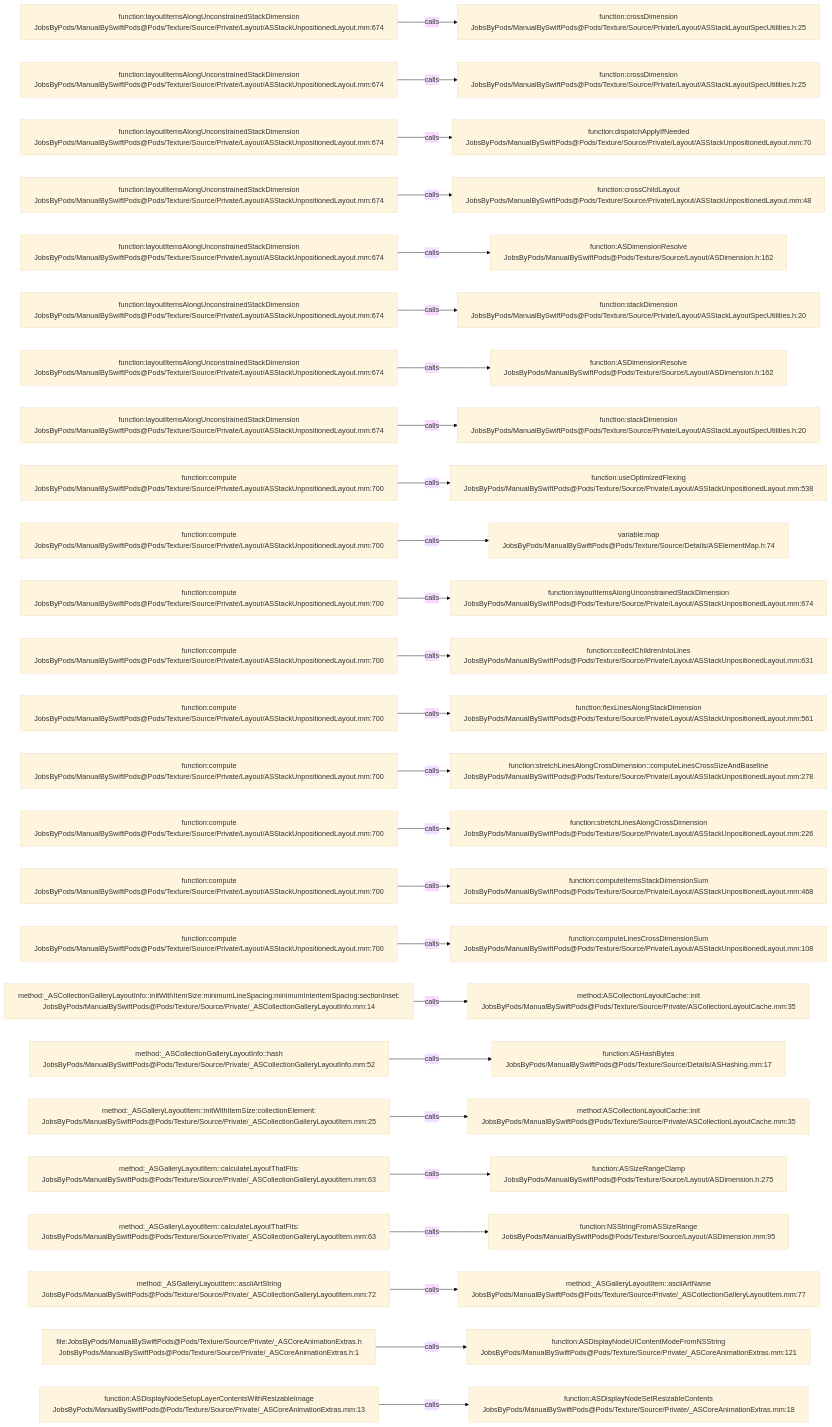
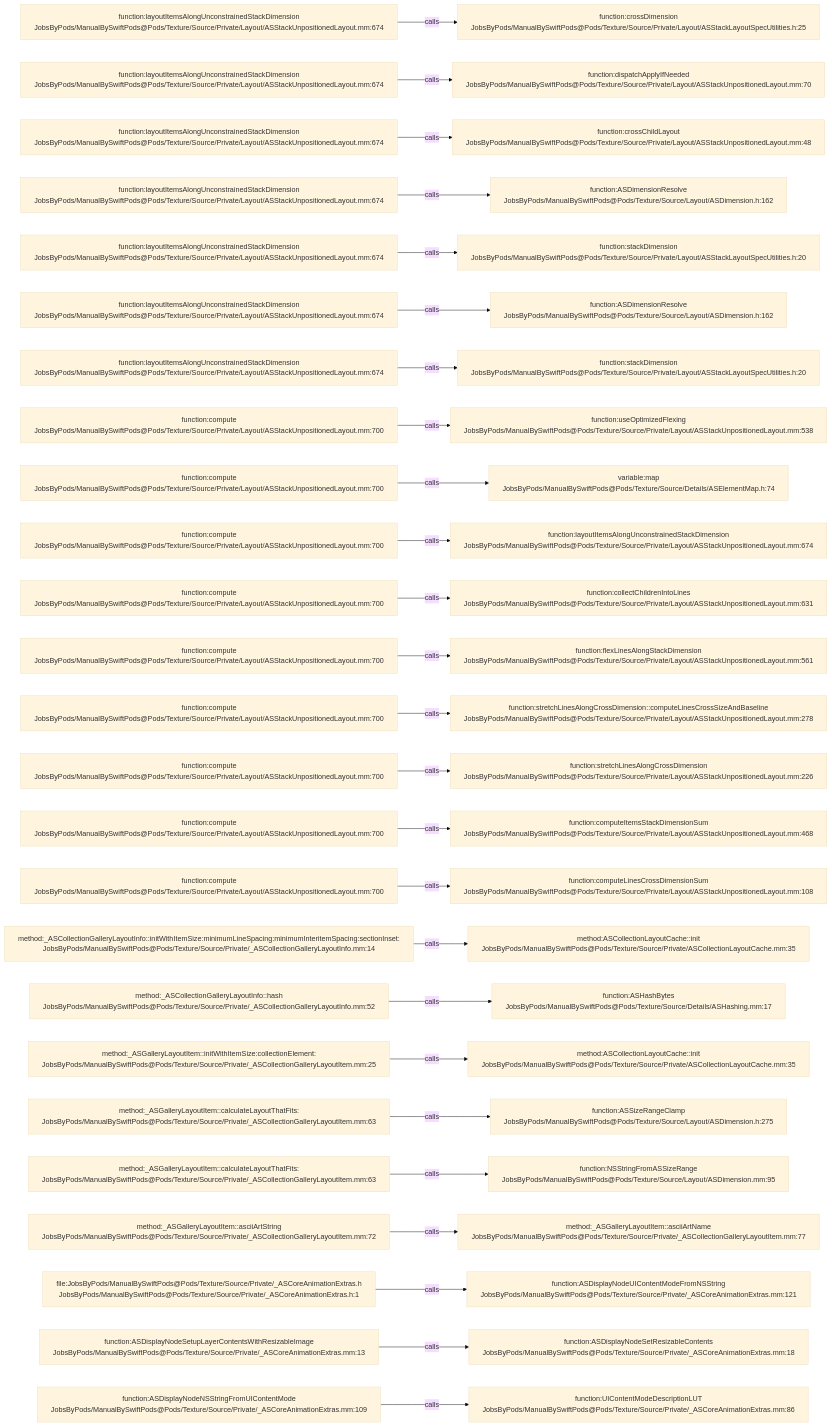
One commit to JobsKits/JobsSwiftBaseConfigDemo changed the diagram in .codegraph/codegraph.md/graphs/calls-127.md. Above: the diagram before and after it, drawn with Mermaid (base theme). The commit also changed 747 other files, not shown here.

````diff
--- a/.codegraph/codegraph.md/graphs/calls-127.md
+++ b/.codegraph/codegraph.md/graphs/calls-127.md
@@ -13,78 +13,78 @@
 ```mermaid
 flowchart LR
   S1["function:layoutItemsAlongUnconstrainedStackDimension<br/>JobsByPods/ManualBySwiftPods@Pods/Texture/Source/Private/Layout/ASStackUnpositionedLayout.mm:674"]
   T1["function:crossDimension<br/>JobsByPods/ManualBySwiftPods@Pods/Texture/Source/Private/Layout/ASStackLayoutSpecUtilities.h:25"]
   S1 -->|calls| T1
   S2["function:layoutItemsAlongUnconstrainedStackDimension<br/>JobsByPods/ManualBySwiftPods@Pods/Texture/Source/Private/Layout/ASStackUnpositionedLayout.mm:674"]
-  T2["function:crossDimension<br/>JobsByPods/ManualBySwiftPods@Pods/Texture/Source/Private/Layout/ASStackLayoutSpecUtilities.h:25"]
+  T2["function:dispatchApplyIfNeeded<br/>JobsByPods/ManualBySwiftPods@Pods/Texture/Source/Private/Layout/ASStackUnpositionedLayout.mm:70"]
   S2 -->|calls| T2
   S3["function:layoutItemsAlongUnconstrainedStackDimension<br/>JobsByPods/ManualBySwiftPods@Pods/Texture/Source/Private/Layout/ASStackUnpositionedLayout.mm:674"]
-  T3["function:dispatchApplyIfNeeded<br/>JobsByPods/ManualBySwiftPods@Pods/Texture/Source/Private/Layout/ASStackUnpositionedLayout.mm:70"]
+  T3["function:crossChildLayout<br/>JobsByPods/ManualBySwiftPods@Pods/Texture/Source/Private/Layout/ASStackUnpositionedLayout.mm:48"]
   S3 -->|calls| T3
   S4["function:layoutItemsAlongUnconstrainedStackDimension<br/>JobsByPods/ManualBySwiftPods@Pods/Texture/Source/Private/Layout/ASStackUnpositionedLayout.mm:674"]
-  T4["function:crossChildLayout<br/>JobsByPods/ManualBySwiftPods@Pods/Texture/Source/Private/Layout/ASStackUnpositionedLayout.mm:48"]
+  T4["function:ASDimensionResolve<br/>JobsByPods/ManualBySwiftPods@Pods/Texture/Source/Layout/ASDimension.h:162"]
   S4 -->|calls| T4
   S5["function:layoutItemsAlongUnconstrainedStackDimension<br/>JobsByPods/ManualBySwiftPods@Pods/Texture/Source/Private/Layout/ASStackUnpositionedLayout.mm:674"]
-  T5["function:ASDimensionResolve<br/>JobsByPods/ManualBySwiftPods@Pods/Texture/Source/Layout/ASDimension.h:162"]
+  T5["function:stackDimension<br/>JobsByPods/ManualBySwiftPods@Pods/Texture/Source/Private/Layout/ASStackLayoutSpecUtilities.h:20"]
   S5 -->|calls| T5
   S6["function:layoutItemsAlongUnconstrainedStackDimension<br/>JobsByPods/ManualBySwiftPods@Pods/Texture/Source/Private/Layout/ASStackUnpositionedLayout.mm:674"]
-  T6["function:stackDimension<br/>JobsByPods/ManualBySwiftPods@Pods/Texture/Source/Private/Layout/ASStackLayoutSpecUtilities.h:20"]
+  T6["function:ASDimensionResolve<br/>JobsByPods/ManualBySwiftPods@Pods/Texture/Source/Layout/ASDimension.h:162"]
   S6 -->|calls| T6
   S7["function:layoutItemsAlongUnconstrainedStackDimension<br/>JobsByPods/ManualBySwiftPods@Pods/Texture/Source/Private/Layout/ASStackUnpositionedLayout.mm:674"]
-  T7["function:ASDimensionResolve<br/>JobsByPods/ManualBySwiftPods@Pods/Texture/Source/Layout/ASDimension.h:162"]
+  T7["function:stackDimension<br/>JobsByPods/ManualBySwiftPods@Pods/Texture/Source/Private/Layout/ASStackLayoutSpecUtilities.h:20"]
   S7 -->|calls| T7
-  S8["function:layoutItemsAlongUnconstrainedStackDimension<br/>JobsByPods/ManualBySwiftPods@Pods/Texture/Source/Private/Layout/ASStackUnpositionedLayout.mm:674"]
-  T8["function:stackDimension<br/>JobsByPods/ManualBySwiftPods@Pods/Texture/Source/Private/Layout/ASStackLayoutSpecUtilities.h:20"]
+  S8["function:compute<br/>JobsByPods/ManualBySwiftPods@Pods/Texture/Source/Private/Layout/ASStackUnpositionedLayout.mm:700"]
+  T8["function:useOptimizedFlexing<br/>JobsByPods/ManualBySwiftPods@Pods/Texture/Source/Private/Layout/ASStackUnpositionedLayout.mm:538"]
   S8 -->|calls| T8
   S9["function:compute<br/>JobsByPods/ManualBySwiftPods@Pods/Texture/Source/Private/Layout/ASStackUnpositionedLayout.mm:700"]
-  T9["function:useOptimizedFlexing<br/>JobsByPods/ManualBySwiftPods@Pods/Texture/Source/Private/Layout/ASStackUnpositionedLayout.mm:538"]
+  T9["variable:map<br/>JobsByPods/ManualBySwiftPods@Pods/Texture/Source/Details/ASElementMap.h:74"]
   S9 -->|calls| T9
   S10["function:compute<br/>JobsByPods/ManualBySwiftPods@Pods/Texture/Source/Private/Layout/ASStackUnpositionedLayout.mm:700"]
-  T10["variable:map<br/>JobsByPods/ManualBySwiftPods@Pods/Texture/Source/Details/ASElementMap.h:74"]
+  T10["function:layoutItemsAlongUnconstrainedStackDimension<br/>JobsByPods/ManualBySwiftPods@Pods/Texture/Source/Private/Layout/ASStackUnpositionedLayout.mm:674"]
   S10 -->|calls| T10
   S11["function:compute<br/>JobsByPods/ManualBySwiftPods@Pods/Texture/Source/Private/Layout/ASStackUnpositionedLayout.mm:700"]
-  T11["function:layoutItemsAlongUnconstrainedStackDimension<br/>JobsByPods/ManualBySwiftPods@Pods/Texture/Source/Private/Layout/ASStackUnpositionedLayout.mm:674"]
+  T11["function:collectChildrenIntoLines<br/>JobsByPods/ManualBySwiftPods@Pods/Texture/Source/Private/Layout/ASStackUnpositionedLayout.mm:631"]
   S11 -->|calls| T11
   S12["function:compute<br/>JobsByPods/ManualBySwiftPods@Pods/Texture/Source/Private/Layout/ASStackUnpositionedLayout.mm:700"]
-  T12["function:collectChildrenIntoLines<br/>JobsByPods/ManualBySwiftPods@Pods/Texture/Source/Private/Layout/ASStackUnpositionedLayout.mm:631"]
+  T12["function:flexLinesAlongStackDimension<br/>JobsByPods/ManualBySwiftPods@Pods/Texture/Source/Private/Layout/ASStackUnpositionedLayout.mm:561"]
   S12 -->|calls| T12
   S13["function:compute<br/>JobsByPods/ManualBySwiftPods@Pods/Texture/Source/Private/Layout/ASStackUnpositionedLayout.mm:700"]
-  T13["function:flexLinesAlongStackDimension<br/>JobsByPods/ManualBySwiftPods@Pods/Texture/Source/Private/Layout/ASStackUnpositionedLayout.mm:561"]
+  T13["function:stretchLinesAlongCrossDimension::computeLinesCrossSizeAndBaseline<br/>JobsByPods/ManualBySwiftPods@Pods/Texture/Source/Private/Layout/ASStackUnpositionedLayout.mm:278"]
   S13 -->|calls| T13
   S14["function:compute<br/>JobsByPods/ManualBySwiftPods@Pods/Texture/Source/Private/Layout/ASStackUnpositionedLayout.mm:700"]
-  T14["function:stretchLinesAlongCrossDimension::computeLinesCrossSizeAndBaseline<br/>JobsByPods/ManualBySwiftPods@Pods/Texture/Source/Private/Layout/ASStackUnpositionedLayout.mm:278"]
+  T14["function:stretchLinesAlongCrossDimension<br/>JobsByPods/ManualBySwiftPods@Pods/Texture/Source/Private/Layout/ASStackUnpositionedLayout.mm:226"]
   S14 -->|calls| T14
   S15["function:compute<br/>JobsByPods/ManualBySwiftPods@Pods/Texture/Source/Private/Layout/ASStackUnpositionedLayout.mm:700"]
-  T15["function:stretchLinesAlongCrossDimension<br/>JobsByPods/ManualBySwiftPods@Pods/Texture/Source/Private/Layout/ASStackUnpositionedLayout.mm:226"]
+  T15["function:computeItemsStackDimensionSum<br/>JobsByPods/ManualBySwiftPods@Pods/Texture/Source/Private/Layout/ASStackUnpositionedLayout.mm:468"]
   S15 -->|calls| T15
   S16["function:compute<br/>JobsByPods/ManualBySwiftPods@Pods/Texture/Source/Private/Layout/ASStackUnpositionedLayout.mm:700"]
-  T16["function:computeItemsStackDimensionSum<br/>JobsByPods/ManualBySwiftPods@Pods/Texture/Source/Private/Layout/ASStackUnpositionedLayout.mm:468"]
+  T16["function:computeLinesCrossDimensionSum<br/>JobsByPods/ManualBySwiftPods@Pods/Texture/Source/Private/Layout/ASStackUnpositionedLayout.mm:108"]
   S16 -->|calls| T16
-  S17["function:compute<br/>JobsByPods/ManualBySwiftPods@Pods/Texture/Source/Private/Layout/ASStackUnpositionedLayout.mm:700"]
-  T17["function:computeLinesCrossDimensionSum<br/>JobsByPods/ManualBySwiftPods@Pods/Texture/Source/Private/Layout/ASStackUnpositionedLayout.mm:108"]
+  S17["method:_ASCollectionGalleryLayoutInfo::initWithItemSize:minimumLineSpacing:minimumInteritemSpacing:sectionInset:<br/>JobsByPods/ManualBySwiftPods@Pods/Texture/Source/Private/_ASCollectionGalleryLayoutInfo.mm:14"]
+  T17["method:ASCollectionLayoutCache::init<br/>JobsByPods/ManualBySwiftPods@Pods/Texture/Source/Private/ASCollectionLayoutCache.mm:35"]
   S17 -->|calls| T17
-  S18["method:_ASCollectionGalleryLayoutInfo::initWithItemSize:minimumLineSpacing:minimumInteritemSpacing:sectionInset:<br/>JobsByPods/ManualBySwiftPods@Pods/Texture/Source/Private/_ASCollectionGalleryLayoutInfo.mm:14"]
-  T18["method:ASCollectionLayoutCache::init<br/>JobsByPods/ManualBySwiftPods@Pods/Texture/Source/Private/ASCollectionLayoutCache.mm:35"]
+  S18["method:_ASCollectionGalleryLayoutInfo::hash<br/>JobsByPods/ManualBySwiftPods@Pods/Texture/Source/Private/_ASCollectionGalleryLayoutInfo.mm:52"]
+  T18["function:ASHashBytes<br/>JobsByPods/ManualBySwiftPods@Pods/Texture/Source/Details/ASHashing.mm:17"]
   S18 -->|calls| T18
-  S19["method:_ASCollectionGalleryLayoutInfo::hash<br/>JobsByPods/ManualBySwiftPods@Pods/Texture/Source/Private/_ASCollectionGalleryLayoutInfo.mm:52"]
-  T19["function:ASHashBytes<br/>JobsByPods/ManualBySwiftPods@Pods/Texture/Source/Details/ASHashing.mm:17"]
+  S19["method:_ASGalleryLayoutItem::initWithItemSize:collectionElement:<br/>JobsByPods/ManualBySwiftPods@Pods/Texture/Source/Private/_ASCollectionGalleryLayoutItem.mm:25"]
+  T19["method:ASCollectionLayoutCache::init<br/>JobsByPods/ManualBySwiftPods@Pods/Texture/Source/Private/ASCollectionLayoutCache.mm:35"]
   S19 -->|calls| T19
-  S20["method:_ASGalleryLayoutItem::initWithItemSize:collectionElement:<br/>JobsByPods/ManualBySwiftPods@Pods/Texture/Source/Private/_ASCollectionGalleryLayoutItem.mm:25"]
-  T20["method:ASCollectionLayoutCache::init<br/>JobsByPods/ManualBySwiftPods@Pods/Texture/Source/Private/ASCollectionLayoutCache.mm:35"]
+  S20["method:_ASGalleryLayoutItem::calculateLayoutThatFits:<br/>JobsByPods/ManualBySwiftPods@Pods/Texture/Source/Private/_ASCollectionGalleryLayoutItem.mm:63"]
+  T20["function:ASSizeRangeClamp<br/>JobsByPods/ManualBySwiftPods@Pods/Texture/Source/Layout/ASDimension.h:275"]
   S20 -->|calls| T20
   S21["method:_ASGalleryLayoutItem::calculateLayoutThatFits:<br/>JobsByPods/ManualBySwiftPods@Pods/Texture/Source/Private/_ASCollectionGalleryLayoutItem.mm:63"]
-  T21["function:ASSizeRangeClamp<br/>JobsByPods/ManualBySwiftPods@Pods/Texture/Source/Layout/ASDimension.h:275"]
+  T21["function:NSStringFromASSizeRange<br/>JobsByPods/ManualBySwiftPods@Pods/Texture/Source/Layout/ASDimension.mm:95"]
   S21 -->|calls| T21
-  S22["method:_ASGalleryLayoutItem::calculateLayoutThatFits:<br/>JobsByPods/ManualBySwiftPods@Pods/Texture/Source/Private/_ASCollectionGalleryLayoutItem.mm:63"]
-  T22["function:NSStringFromASSizeRange<br/>JobsByPods/ManualBySwiftPods@Pods/Texture/Source/Layout/ASDimension.mm:95"]
+  S22["method:_ASGalleryLayoutItem::asciiArtString<br/>JobsByPods/ManualBySwiftPods@Pods/Texture/Source/Private/_ASCollectionGalleryLayoutItem.mm:72"]
+  T22["method:_ASGalleryLayoutItem::asciiArtName<br/>JobsByPods/ManualBySwiftPods@Pods/Texture/Source/Private/_ASCollectionGalleryLayoutItem.mm:77"]
   S22 -->|calls| T22
-  S23["method:_ASGalleryLayoutItem::asciiArtString<br/>JobsByPods/ManualBySwiftPods@Pods/Texture/Source/Private/_ASCollectionGalleryLayoutItem.mm:72"]
-  T23["method:_ASGalleryLayoutItem::asciiArtName<br/>JobsByPods/ManualBySwiftPods@Pods/Texture/Source/Private/_ASCollectionGalleryLayoutItem.mm:77"]
+  S23["file:JobsByPods/ManualBySwiftPods@Pods/Texture/Source/Private/_ASCoreAnimationExtras.h<br/>JobsByPods/ManualBySwiftPods@Pods/Texture/Source/Private/_ASCoreAnimationExtras.h:1"]
+  T23["function:ASDisplayNodeUIContentModeFromNSString<br/>JobsByPods/ManualBySwiftPods@Pods/Texture/Source/Private/_ASCoreAnimationExtras.mm:121"]
   S23 -->|calls| T23
-  S24["file:JobsByPods/ManualBySwiftPods@Pods/Texture/Source/Private/_ASCoreAnimationExtras.h<br/>JobsByPods/ManualBySwiftPods@Pods/Texture/Source/Private/_ASCoreAnimationExtras.h:1"]
-  T24["function:ASDisplayNodeUIContentModeFromNSString<br/>JobsByPods/ManualBySwiftPods@Pods/Texture/Source/Private/_ASCoreAnimationExtras.mm:121"]
+  S24["function:ASDisplayNodeSetupLayerContentsWithResizableImage<br/>JobsByPods/ManualBySwiftPods@Pods/Texture/Source/Private/_ASCoreAnimationExtras.mm:13"]
+  T24["function:ASDisplayNodeSetResizableContents<br/>JobsByPods/ManualBySwiftPods@Pods/Texture/Source/Private/_ASCoreAnimationExtras.mm:18"]
   S24 -->|calls| T24
-  S25["function:ASDisplayNodeSetupLayerContentsWithResizableImage<br/>JobsByPods/ManualBySwiftPods@Pods/Texture/Source/Private/_ASCoreAnimationExtras.mm:13"]
-  T25["function:ASDisplayNodeSetResizableContents<br/>JobsByPods/ManualBySwiftPods@Pods/Texture/Source/Private/_ASCoreAnimationExtras.mm:18"]
+  S25["function:ASDisplayNodeNSStringFromUIContentMode<br/>JobsByPods/ManualBySwiftPods@Pods/Texture/Source/Private/_ASCoreAnimationExtras.mm:109"]
+  T25["function:UIContentModeDescriptionLUT<br/>JobsByPods/ManualBySwiftPods@Pods/Texture/Source/Private/_ASCoreAnimationExtras.mm:86"]
   S25 -->|calls| T25
 ```
````
